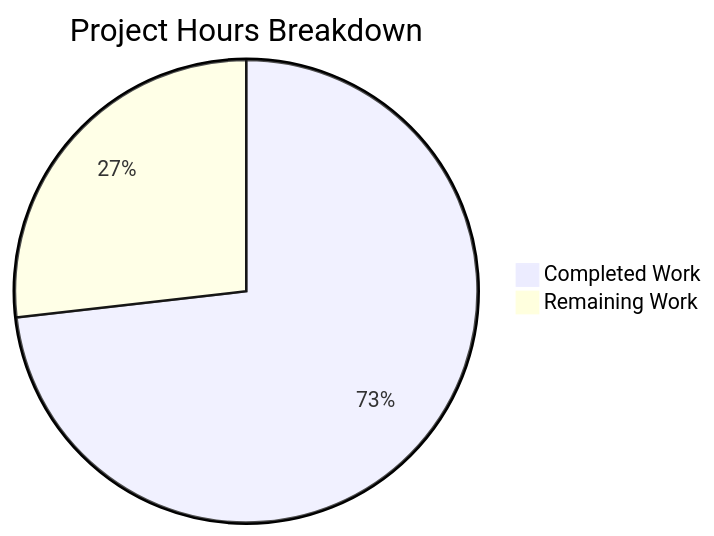
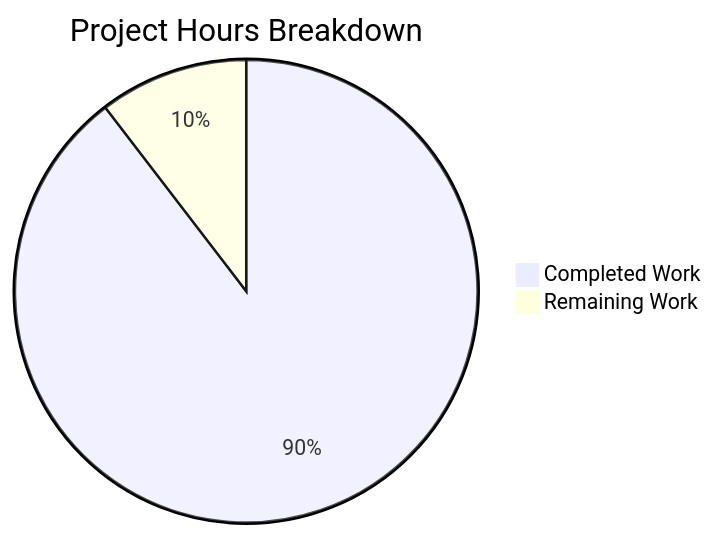
Before and after one commit to Blitzy-Sandbox/blitzy-SplendidCRM: the second of 2 diagrams in blitzy/documentation/Project Guide.md, drawn with Mermaid. The commit also changed other lines of this file, not shown here.

Commit message:
Adding Blitzy Project Guide: Project Status and Human Tasks Remaining

````diff
--- a/blitzy/documentation/Project Guide.md
+++ b/blitzy/documentation/Project Guide.md
@@ -220,5 +221,5 @@
 ```mermaid
 pie title Project Hours Breakdown
     "Completed Work" : 172
-    "Remaining Work" : 63
+    "Remaining Work" : 20
 ```
````
